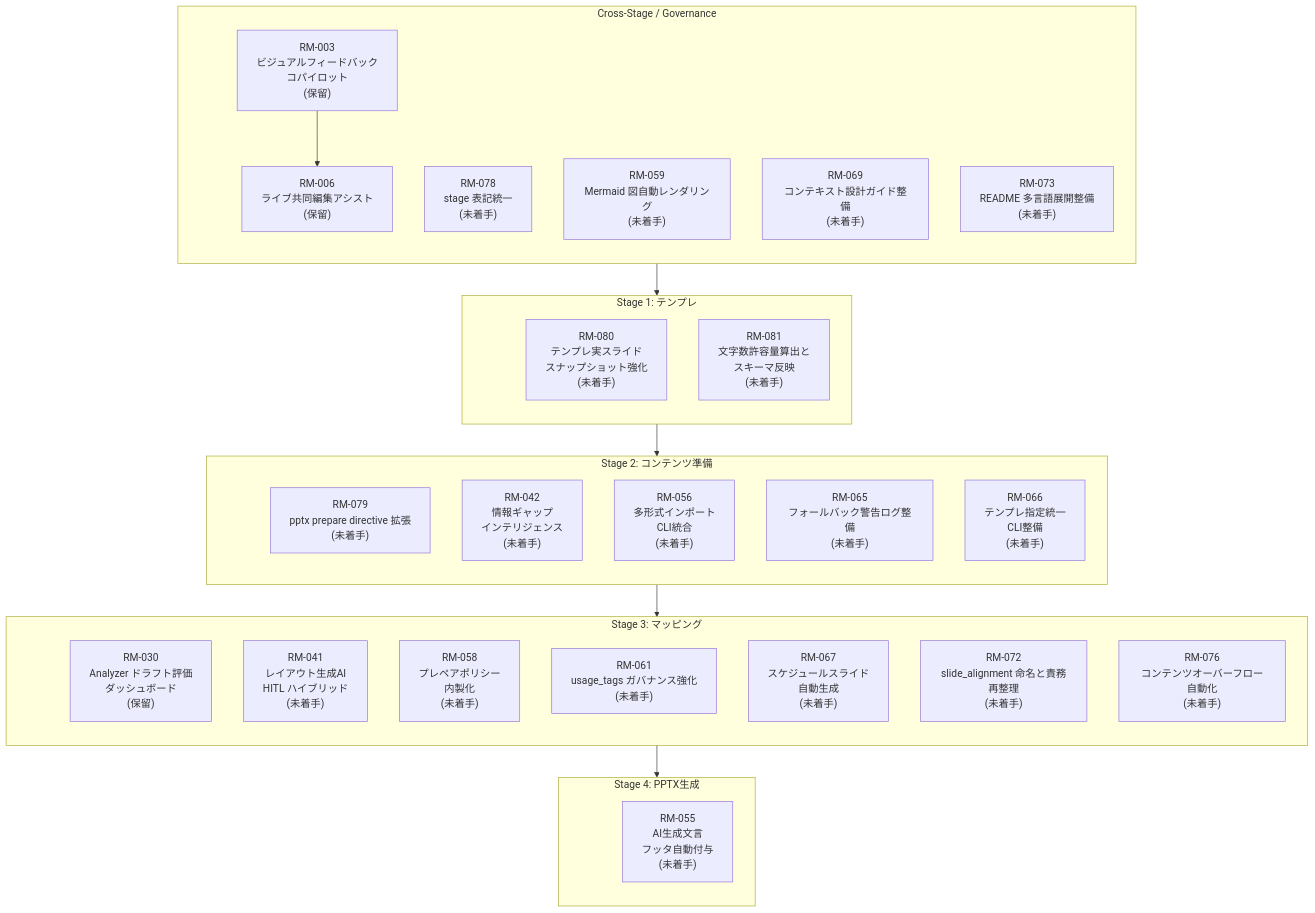
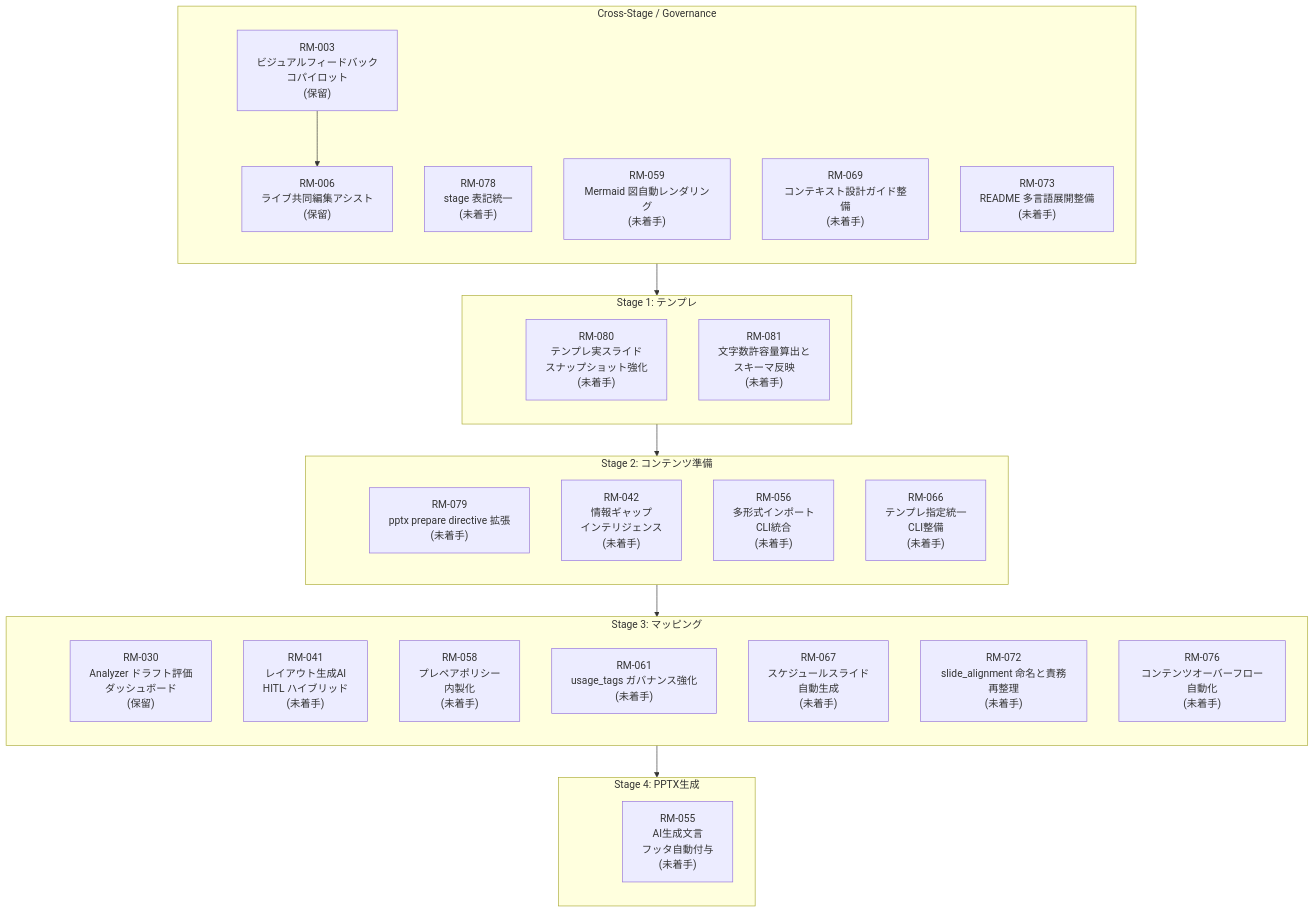
The diagram in docs/roadmap/roadmap.md (yurake/pptx_generator), drawn with Mermaid before and after one commit. The commit also changed other lines of this file and 1 other file, not shown here.

````diff
--- a/docs/roadmap/roadmap.md
+++ b/docs/roadmap/roadmap.md
@@ -25,58 +25,57 @@
 ```mermaid
 flowchart TB
     subgraph GOV["Cross-Stage / Governance"]
         direction TB
         GOV_ANCHOR(( ))
         RM078["RM-078<br/>stage 表記統一<br/>(未着手)"]
         RM003["RM-003<br/>ビジュアルフィードバック<br/>コパイロット<br/>(保留)"]
         RM006["RM-006<br/>ライブ共同編集アシスト<br/>(保留)"]
         RM059["RM-059<br/>Mermaid 図自動レンダリング<br/>(未着手)"]
         RM069["RM-069<br/>コンテキスト設計ガイド整備<br/>(未着手)"]
         RM073["RM-073<br/>README 多言語展開整備<br/>(未着手)"]
     end
 
     subgraph ST1["Stage 1: テンプレ"]
         direction TB
         ST1_ANCHOR(( ))
         RM080["RM-080<br/>テンプレ実スライド<br/>スナップショット強化<br/>(未着手)"]
         RM081["RM-081<br/>文字数許容量算出と<br/>スキーマ反映<br/>(未着手)"]
     end
 
     subgraph ST2["Stage 2: コンテンツ準備"]
         direction TB
         ST2_ANCHOR(( ))
         RM079["RM-079<br/>pptx prepare directive 拡張<br/>(未着手)"]
         RM042["RM-042<br/>情報ギャップ<br/>インテリジェンス<br/>(未着手)"]
         RM056["RM-056<br/>多形式インポート<br/>CLI統合<br/>(未着手)"]
-        RM065["RM-065<br/>フォールバック警告ログ整備<br/>(未着手)"]
         RM066["RM-066<br/>テンプレ指定統一<br/>CLI整備<br/>(未着手)"]
     end
 
     subgraph ST3["Stage 3: マッピング"]
         direction TB
         ST3_ANCHOR(( ))
         RM030["RM-030<br/>Analyzer ドラフト評価<br/>ダッシュボード<br/>(保留)"]
         RM041["RM-041<br/>レイアウト生成AI<br/>HITL ハイブリッド<br/>(未着手)"]
         RM058["RM-058<br/>プレペアポリシー<br/>内製化<br/>(未着手)"]
         RM061["RM-061<br/>usage_tags ガバナンス強化<br/>(未着手)"]
         RM067["RM-067<br/>スケジュールスライド<br/>自動生成<br/>(未着手)"]
         RM072["RM-072<br/>slide_alignment 命名と責務再整理<br/>(未着手)"]
         RM076["RM-076<br/>コンテンツオーバーフロー自動化<br/>(未着手)"]
     end
 
     subgraph ST4["Stage 4: PPTX生成"]
         direction TB
         ST4_ANCHOR(( ))
         RM055["RM-055<br/>AI生成文言<br/>フッタ自動付与<br/>(未着手)"]
     end
 
     style GOV_ANCHOR fill:transparent,stroke:transparent
     style ST1_ANCHOR fill:transparent,stroke:transparent
     style ST2_ANCHOR fill:transparent,stroke:transparent
     style ST3_ANCHOR fill:transparent,stroke:transparent
     style ST4_ANCHOR fill:transparent,stroke:transparent
 
     GOV_ANCHOR --> ST1_ANCHOR --> ST2_ANCHOR --> ST3_ANCHOR --> ST4_ANCHOR
 
     RM003 --> RM006
 ```
````
